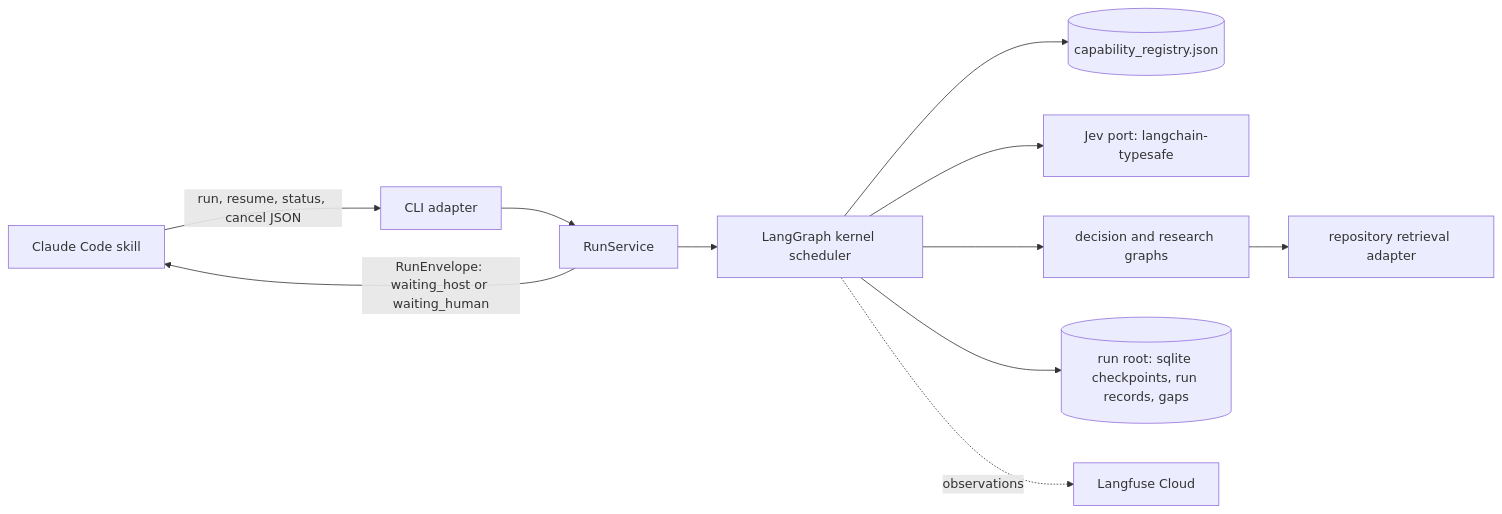
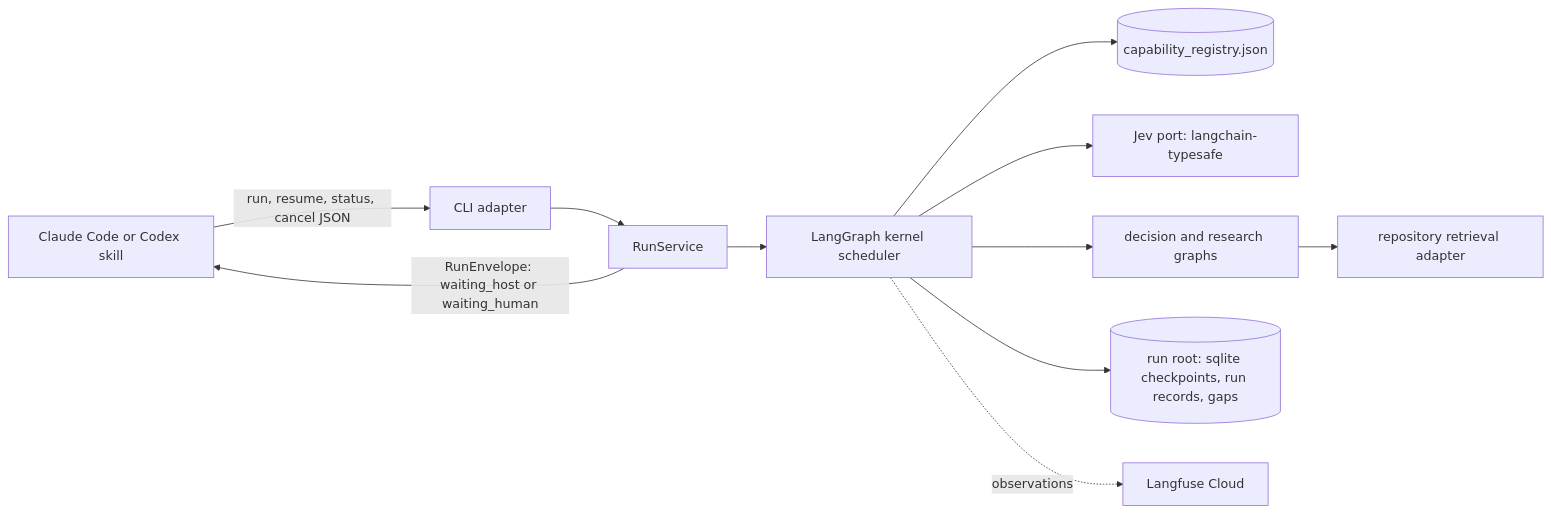
One commit to urlmonitor/leafcutter-ai changed the diagram in docs/architecture/components/decision-kernel.md. Above: the diagram before and after it, drawn with Mermaid. The commit also changed other lines of this file and 17 other files, not shown here.

First line of the commit message:
feat(kernel): run the kernel from Codex as $leafcutter, and scope both skills to a rendered repository root (#KernelCodexSkill)

````diff
--- a/docs/architecture/components/decision-kernel.md
+++ b/docs/architecture/components/decision-kernel.md
@@ -62,13 +63,13 @@
 ```mermaid
 flowchart LR
-  CC[Claude Code skill] -->|run, resume, status, cancel JSON| CLI[CLI adapter]
+  CC[Claude Code or Codex skill] -->|run, resume, status, cancel JSON| CLI[CLI adapter]
   CLI --> SVC[RunService]
   SVC --> K[LangGraph kernel scheduler]
   K --> REG[(capability_registry.json)]
   K --> JEV[Jev port: langchain-typesafe]
   K --> CAP[decision and research graphs]
   CAP --> RET[repository retrieval adapter]
   K --> ST[(run root: sqlite checkpoints, run records, gaps)]
   K -.->|observations| LF[Langfuse Cloud]
   SVC -->|RunEnvelope: waiting_host or waiting_human| CC
 ```
````
